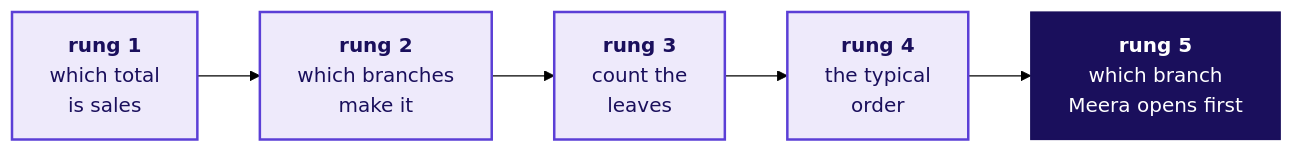
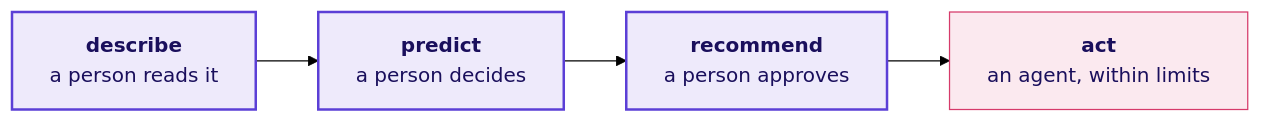
One commit to fde-academy-lab/c2-content-factory changed the sixth of 18 diagrams in content/W01/D1/slides/C2_W01_D01_half1_STUDENT.md. Above: the diagram before and after it, drawn with Mermaid (forest theme). The commit also changed other lines of this file and 10 other files, not shown here.

First line of the commit message:
W01 D1 decks: the morning opens on the retail story and runs chapters 1 to 4; the afternoon runs chapters 5 and 6 and the cases, each chapter in the need, options, build, trap, second route and review order

````diff
--- a/content/W01/D1/slides/C2_W01_D01_half1_STUDENT.md
+++ b/content/W01/D1/slides/C2_W01_D01_half1_STUDENT.md
@@ -164,11 +203,10 @@
 ```mermaid
 flowchart LR
-    R1["<b>rung 1</b><br/>which total<br/>is sales"] --> R2["<b>rung 2</b><br/>which branches<br/>make it"]
-    R2 --> R3["<b>rung 3</b><br/>count the<br/>leaves"]
-    R3 --> R4["<b>rung 4</b><br/>the typical<br/>order"]
-    R4 --> R5["<b>rung 5</b><br/>which branch<br/>Meera opens first"]
+    D["<b>describe</b><br/>a person reads it"] --> P["<b>predict</b><br/>a person decides"]
+    P --> R["<b>recommend</b><br/>a person approves"]
+    R --> A["<b>act</b><br/>an agent, within limits"]
     classDef known fill:#EEEAFB,stroke:#5B3FD6,color:#1A0F5C,stroke-width:2px
-    classDef bet fill:#1A0F5C,stroke:#1A0F5C,color:#FFFFFF
-    class R1,R2,R3,R4 known
-    class R5 bet
+    classDef bad fill:#FBE9EF,stroke:#D63A6A,color:#1A0F5C
+    class D,P,R known
+    class A bad
 ```
````
